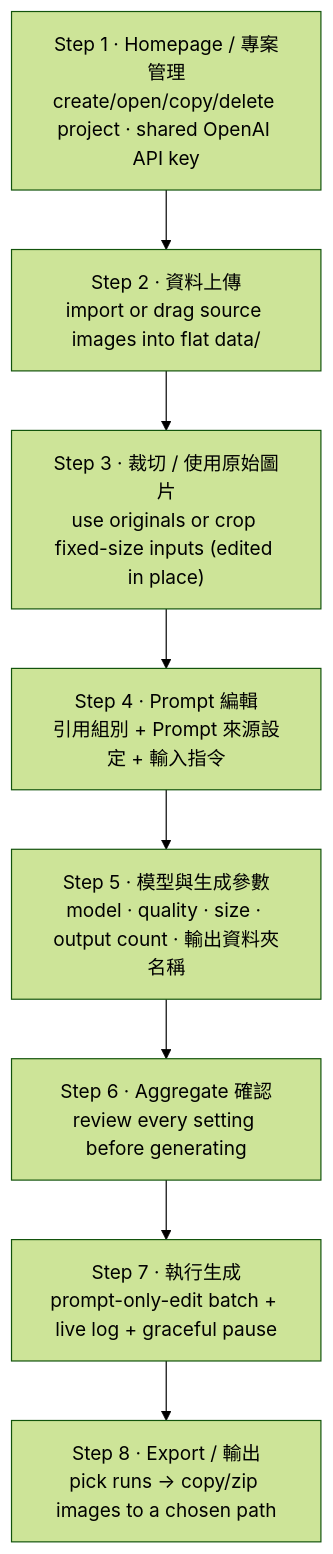
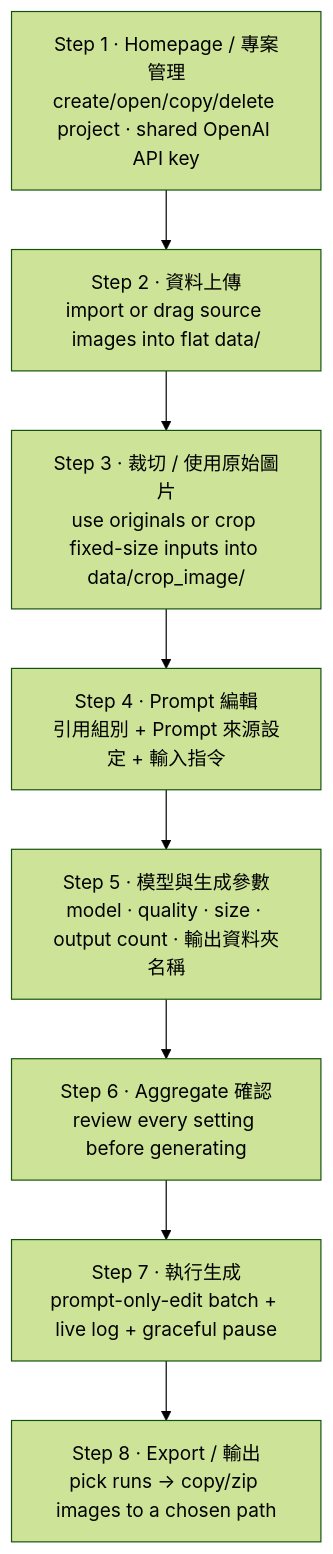
One commit to tku411770448/GPT-GenImage-UI changed the diagram in modes/food/README.md. Above: the diagram before and after it, drawn with Mermaid (forest theme). The commit also changed other lines of this file and 4 other files, not shown here.

````diff
--- a/modes/food/README.md
+++ b/modes/food/README.md
@@ -38,13 +38,13 @@
 ```mermaid
 flowchart TD
     S1["Step 1 · Homepage / 專案管理<br/>create/open/copy/delete project · shared OpenAI API key"]
     S2["Step 2 · 資料上傳<br/>import or drag source images into flat data/"]
-    S3["Step 3 · 裁切 / 使用原始圖片<br/>use originals or crop fixed-size inputs (edited in place)"]
+    S3["Step 3 · 裁切 / 使用原始圖片<br/>use originals or crop fixed-size inputs into data/crop_image/"]
     S4["Step 4 · Prompt 編輯<br/>引用組別 + Prompt 來源設定 + 輸入指令"]
     S5["Step 5 · 模型與生成參數<br/>model · quality · size · output count · 輸出資料夾名稱"]
     S6["Step 6 · Aggregate 確認<br/>review every setting before generating"]
     S7["Step 7 · 執行生成<br/>prompt-only-edit batch + live log + graceful pause"]
     S8["Step 8 · Export / 輸出<br/>pick runs → copy/zip images to a chosen path"]
 
     S1 --> S2 --> S3 --> S4 --> S5 --> S6 --> S7 --> S8
 ```
````
